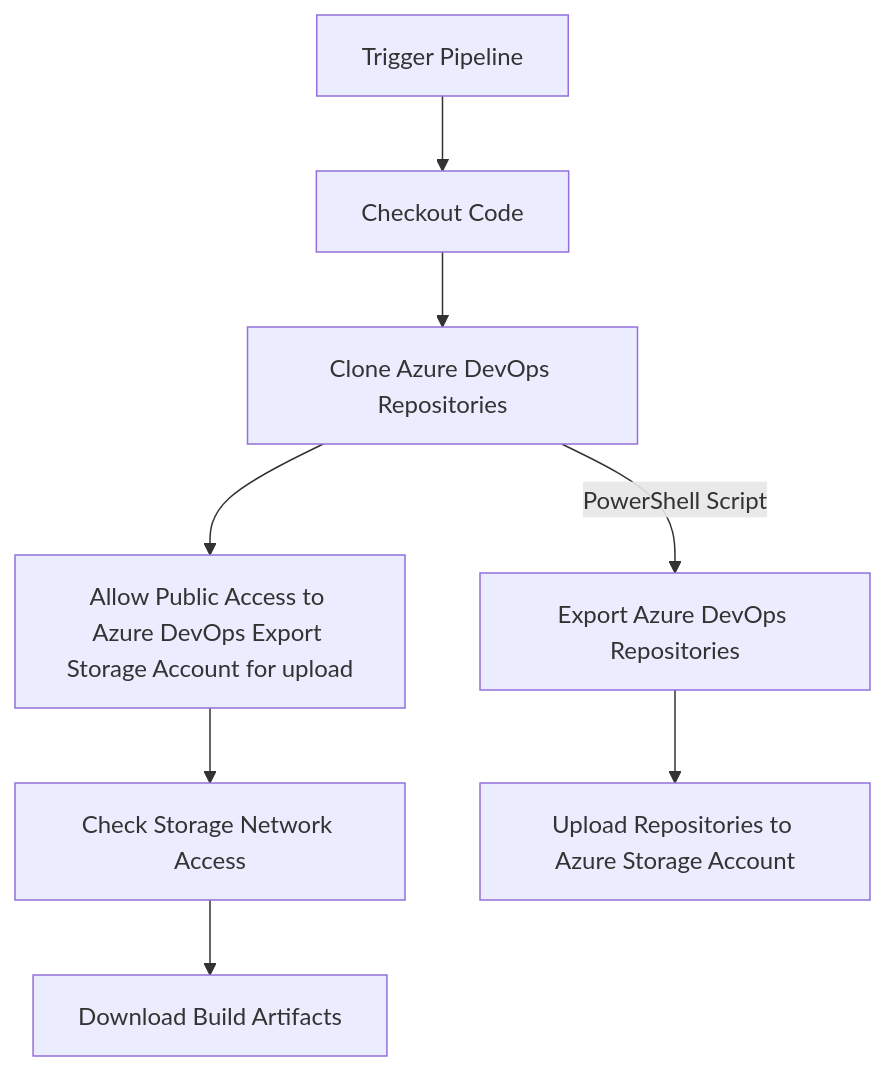
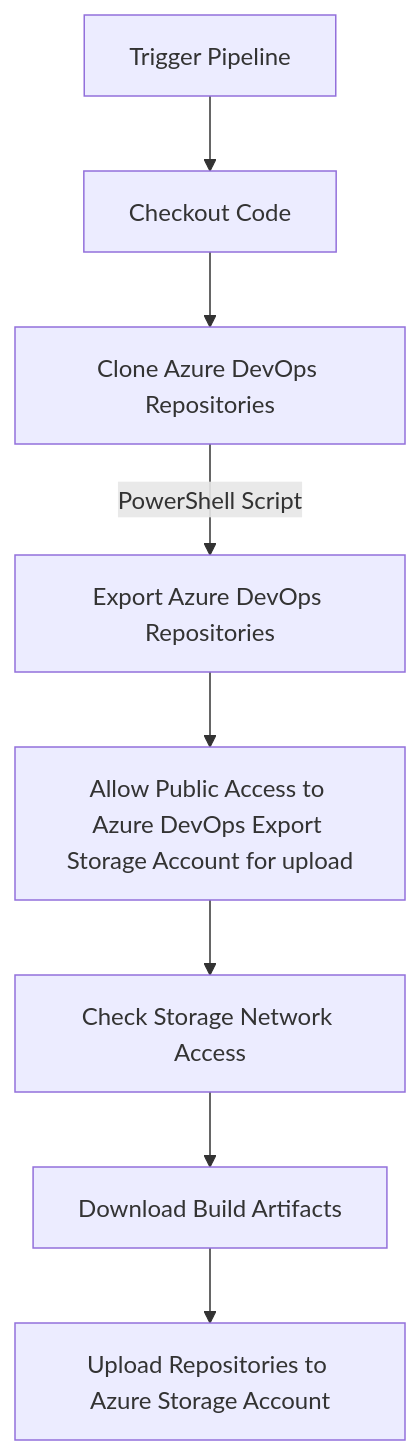
One commit to lukemurraynz/lukemurraynz.github.io changed the diagram in blog/2024-05-12-ado-export-stgaccount/index.mdx. Above: the diagram before and after it, drawn with Mermaid. The commit also changed other lines of this file, not shown here.

````diff
--- a/blog/2024-05-12-ado-export-stgaccount/index.mdx
+++ b/blog/2024-05-12-ado-export-stgaccount/index.mdx
@@ -50,10 +50,10 @@
 ```mermaid
 graph TD
   A[Trigger Pipeline] --> B[Checkout Code]
   B --> C[Clone Azure DevOps Repositories]
-  C --> D[Allow Public Access to Azure DevOps Export Storage Account for upload]
+  C -->|PowerShell Script| G[Export Azure DevOps Repositories]
+  G --> D[Allow Public Access to Azure DevOps Export Storage Account for upload]
   D --> E[Check Storage Network Access]
   E --> F[Download Build Artifacts]
-  C -->|PowerShell Script| G[Export Azure DevOps Repositories]
-  G --> H[Upload Repositories to Azure Storage Account]
+  F --> H[Upload Repositories to Azure Storage Account]
   ```
````
